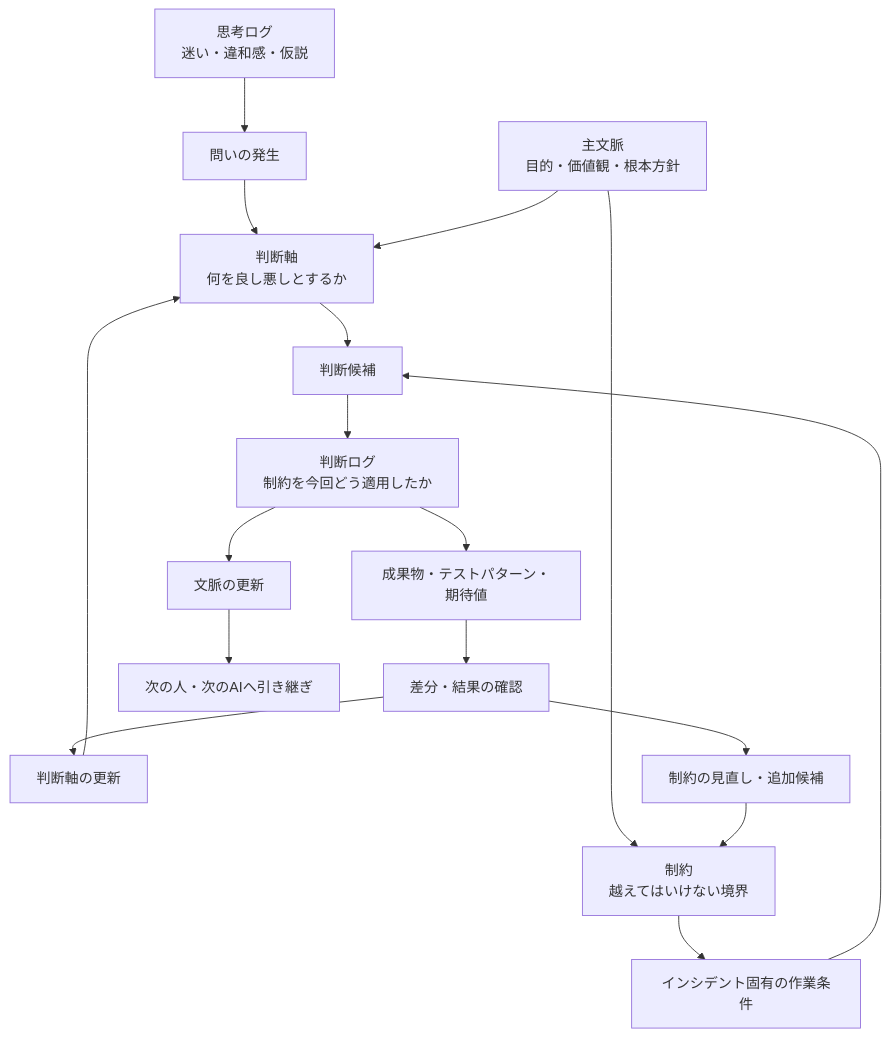
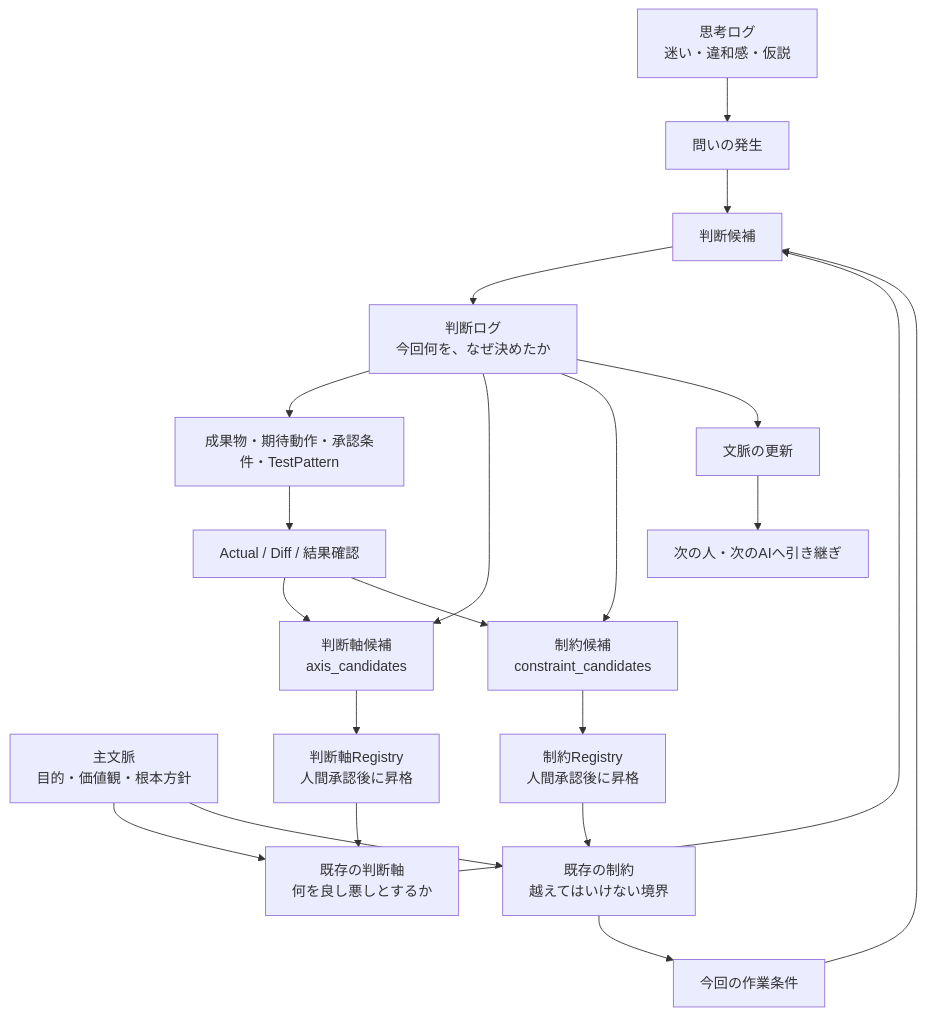
One commit to tamasub/FRB changed the first of 2 diagrams in articles/ai-collaboration-context-decision-log.md. Above: the diagram before and after it, drawn with Mermaid. The commit also changed other lines of this file, not shown here.

````diff
--- a/articles/ai-collaboration-context-decision-log.md
+++ b/articles/ai-collaboration-context-decision-log.md
@@ -127,19 +138,30 @@
 ```mermaid
 flowchart TD
     A[思考ログ<br/>迷い・違和感・仮説] --> B[問いの発生]
-    B --> C[判断軸<br/>何を良し悪しとするか]
-    D[主文脈<br/>目的・価値観・根本方針] --> C
-    D --> X[制約<br/>越えてはいけない境界]
-    C --> E[判断候補]
-    X --> W[インシデント固有の作業条件]
+
+    D[主文脈<br/>目的・価値観・根本方針] --> C[既存の判断軸<br/>何を良し悪しとするか]
+    D --> X[既存の制約<br/>越えてはいけない境界]
+
+    B --> E[判断候補]
+    C --> E
+    X --> W[今回の作業条件]
     W --> E
-    E --> J[判断ログ<br/>制約を今回どう適用したか]
-    J --> Y[成果物・テストパターン・期待値]
-    Y --> F[差分・結果の確認]
-    F --> G[判断軸の更新]
-    G --> C
-    F --> K[制約の見直し・追加候補]
-    K --> X
+
+    E --> J[判断ログ<br/>今回何を、なぜ決めたか]
+    J --> Y[成果物・期待動作・承認条件・TestPattern]
+    Y --> F[Actual / Diff / 結果確認]
+
+    J --> AC[判断軸候補<br/>axis_candidates]
+    J --> CC[制約候補<br/>constraint_candidates]
+    F --> AC
+    F --> CC
+
+    AC --> AR[判断軸Registry<br/>人間承認後に昇格]
+    CC --> CR[制約Registry<br/>人間承認後に昇格]
+
+    AR --> C
+    CR --> X
+
     J --> H[文脈の更新]
     H --> I[次の人・次のAIへ引き継ぎ]
 ```
````
